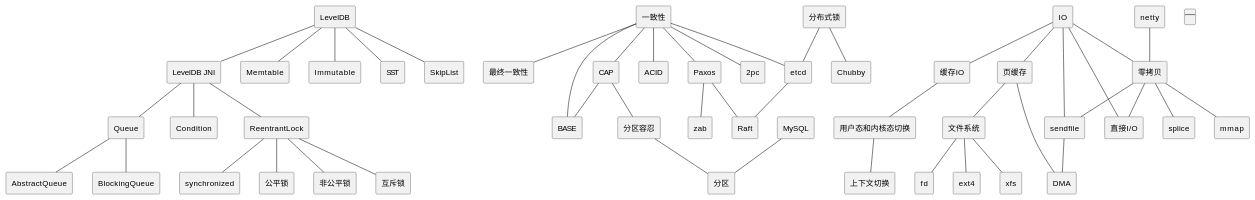
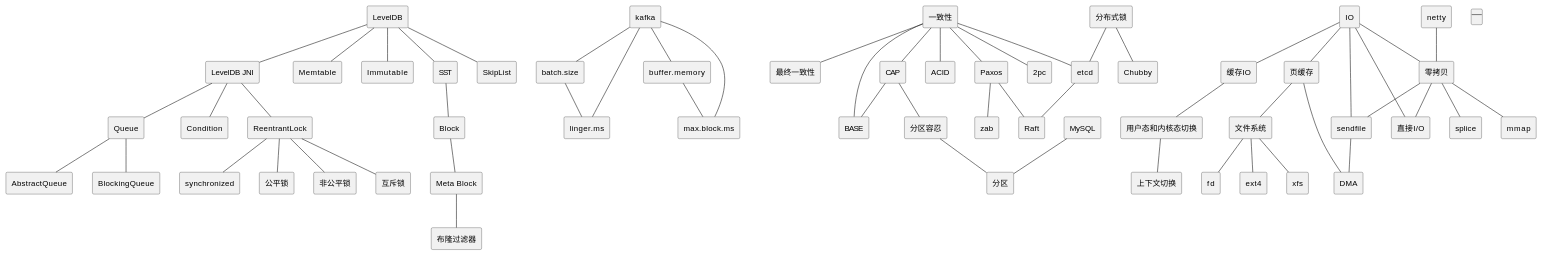
One commit to wiloon/blog changed the diagram in content/post/archive-1/2015-08-06-dev.md. Above: the diagram before and after it, drawn with PlantUML. The commit also changed 6 other files, not shown here.

```diff
--- a/content/post/archive-1/2015-08-06-dev.md
+++ b/content/post/archive-1/2015-08-06-dev.md
@@ -102,9 +102,28 @@
 [Immutable]
 leveldb--Immutable
 [SST] as sst
-leveldb--sst 
+leveldb--sst
 [SkipList]
-leveldb--SkipList   
+leveldb--SkipList  
+[Block]
+sst--Block
+[Meta Block] as meta_block
+Block--meta_block
+[布隆过滤器] as bloom_filter
+meta_block--bloom_filter
+
+[kafka]
+[batch.size] as batch_size
+kafka--batch_size
+[buffer.memory] as buffer_memory
+kafka--buffer_memory
+[max.block.ms] as max_block_ms
+kafka--max_block_ms
+buffer_memory--max_block_ms
+[linger.ms] as linger_ms
+kafka--linger_ms
+batch_size--linger_ms
+
 [Queue] as queue
 leveldb_jni--queue
 [AbstractQueue] 
```
